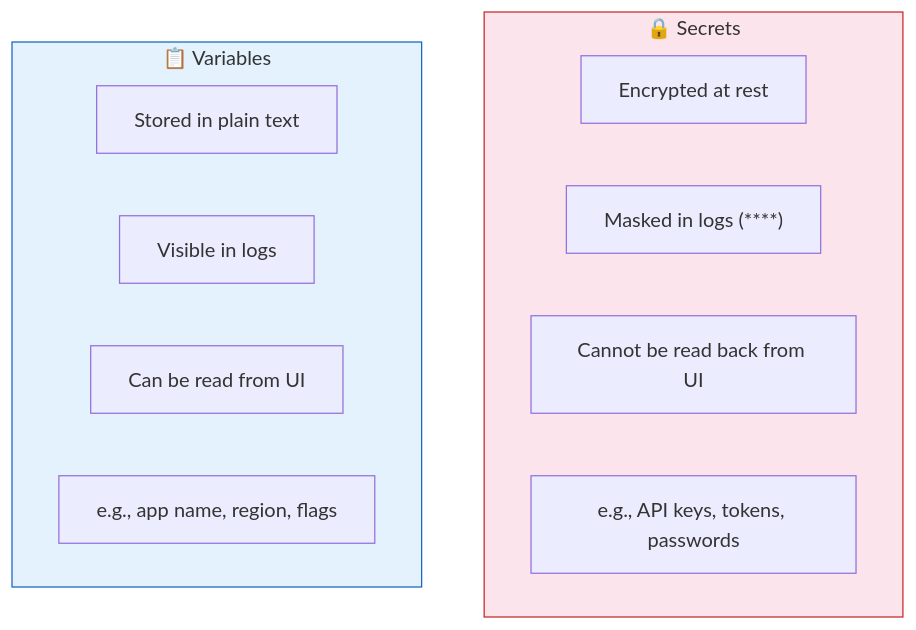
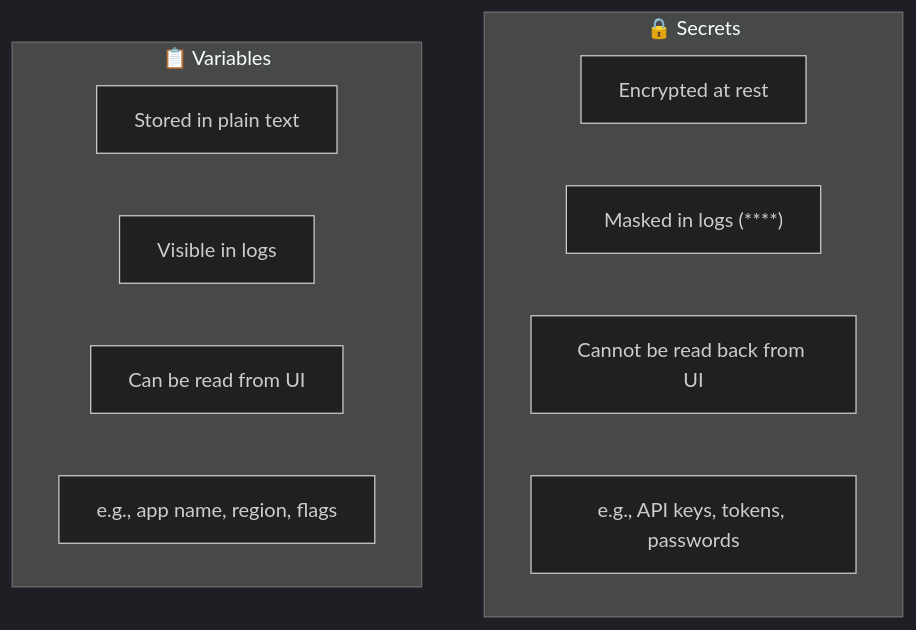
One commit to vishutyagi0210/github-ci-cd-with-labs changed the first of 3 diagrams in 07-secrets-and-variables/README.md. Above: the diagram before and after it, drawn with Mermaid. The commit also changed other lines of this file and 13 other files, not shown here.

Commit message:
fix: switch all mermaid diagrams to dark theme for better readability

````diff
--- a/07-secrets-and-variables/README.md
+++ b/07-secrets-and-variables/README.md
@@ -9,19 +9,18 @@
 ```mermaid
+%%{init: {"theme": "dark"}}%%
 graph TD
     subgraph SEC["🔒 Secrets"]
         S1["Encrypted at rest"]
         S2["Masked in logs (****)"]
         S3["Cannot be read back from UI"]
         S4["e.g., API keys, tokens, passwords"]
     end
 
     subgraph VAR["📋 Variables"]
         V1["Stored in plain text"]
         V2["Visible in logs"]
         V3["Can be read from UI"]
         V4["e.g., app name, region, flags"]
     end
 
-    style SEC fill:#fce4ec,stroke:#c62828
-    style VAR fill:#e3f2fd,stroke:#1565c0
 ```
````
